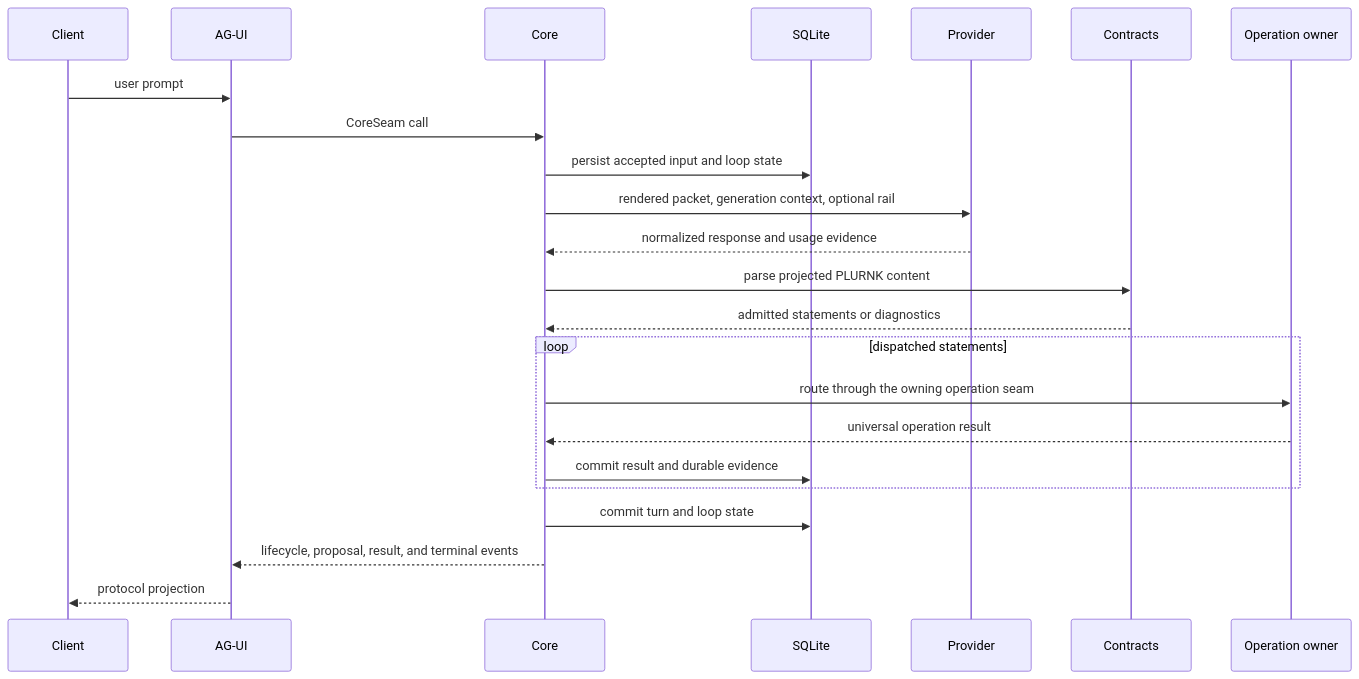
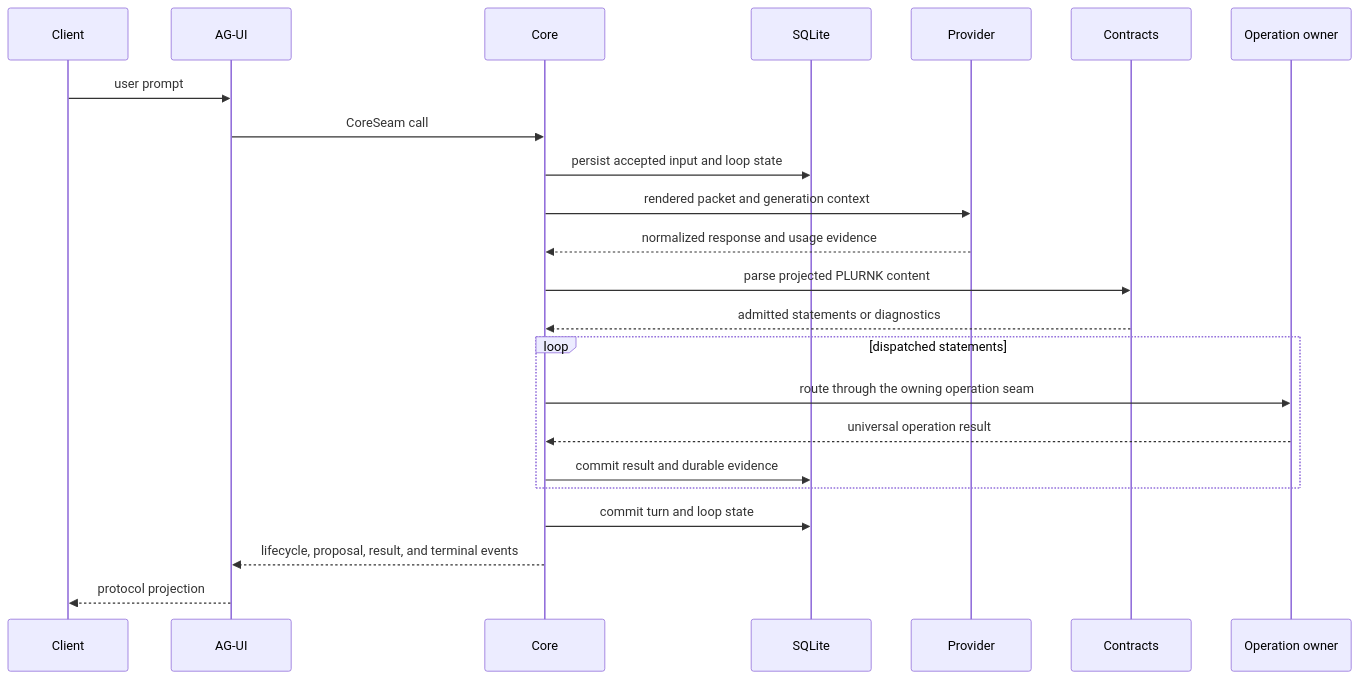
One commit to plurnk/plurnk-service changed the fourth of 4 diagrams in ARCHITECTURE.md. Above: the diagram before and after it, drawn with Mermaid. The commit also changed other lines of this file and 1 other file, not shown here.

Commit message:
docs: align keystone diagrams (#26)

````diff
--- a/ARCHITECTURE.md
+++ b/ARCHITECTURE.md
@@ -138,26 +104,26 @@
 ```mermaid
 sequenceDiagram
     participant Client
     participant AGUI as AG-UI
     participant Core
     participant Store as SQLite
     participant Provider
     participant Contracts
     participant Owner as Operation owner
 
     Client->>AGUI: user prompt
     AGUI->>Core: CoreSeam call
     Core->>Store: persist accepted input and loop state
-    Core->>Provider: rendered packet, generation context, optional rail
+    Core->>Provider: rendered packet and generation context
     Provider-->>Core: normalized response and usage evidence
     Core->>Contracts: parse projected PLURNK content
     Contracts-->>Core: admitted statements or diagnostics
     loop dispatched statements
         Core->>Owner: route through the owning operation seam
         Owner-->>Core: universal operation result
         Core->>Store: commit result and durable evidence
     end
     Core->>Store: commit turn and loop state
     Core-->>AGUI: lifecycle, proposal, result, and terminal events
     AGUI-->>Client: protocol projection
 ```
````
